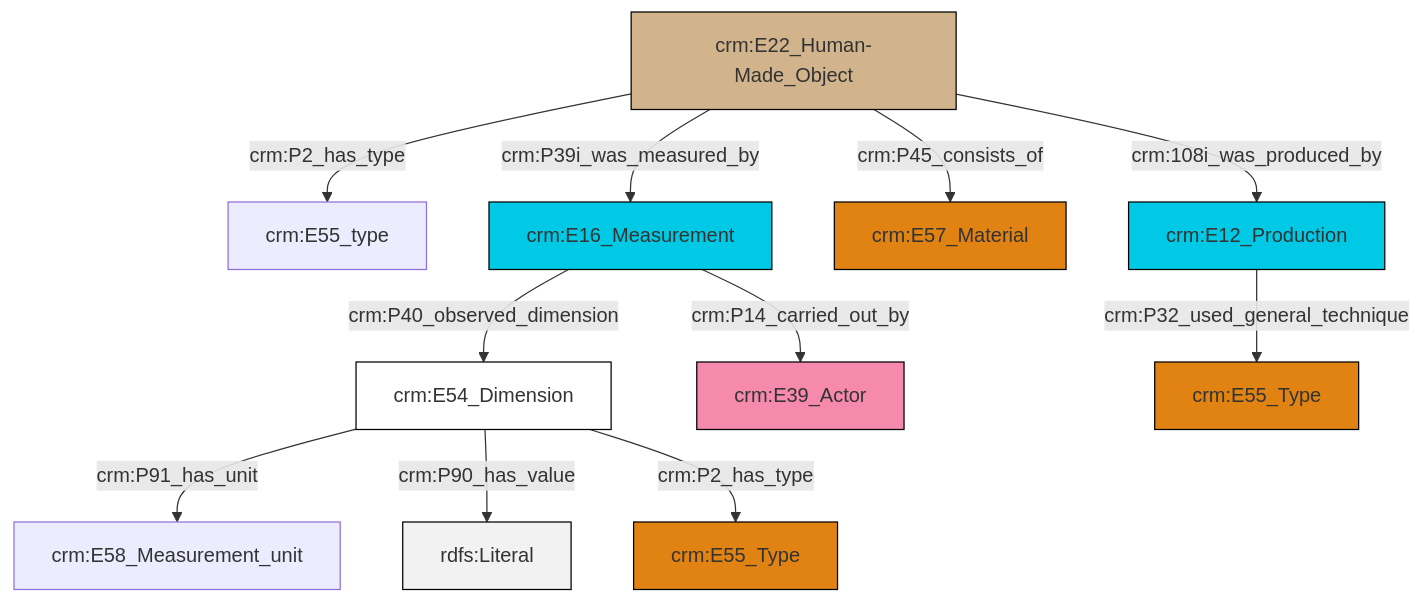
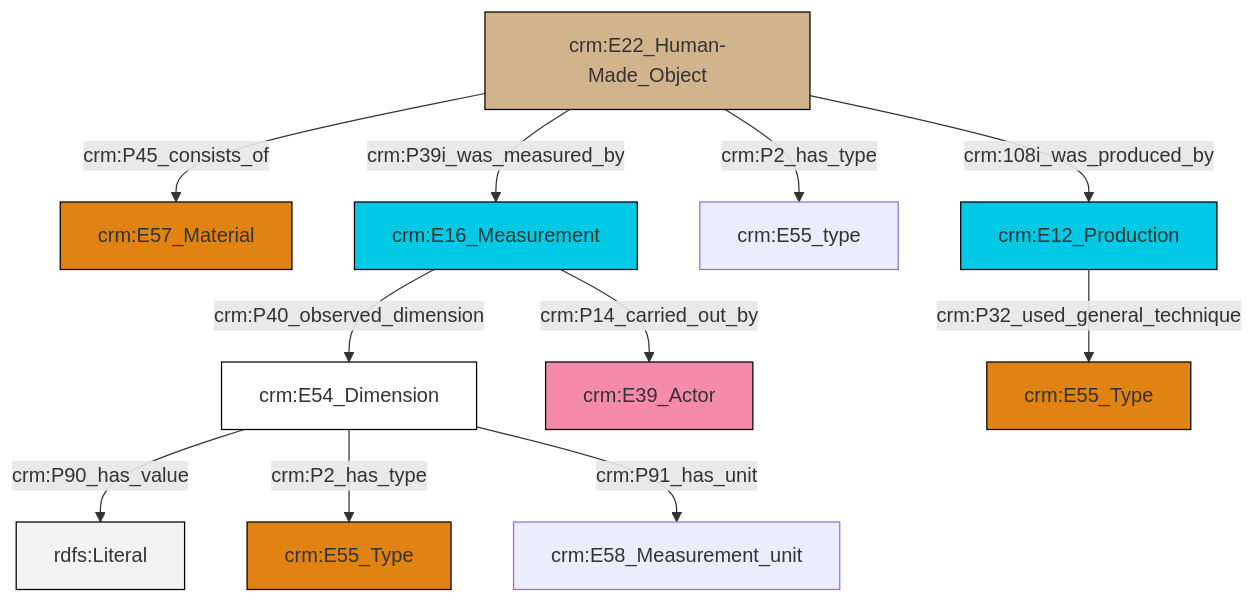
One commit to swiss-art-research-net/reference-data-models changed the diagram in et/builtWorkCSV/ttl/mmd/Built_Work_substance.ttl.mmd. Above: the diagram before and after it, drawn with Mermaid. The commit also changed 150 other files, not shown here.

```diff
--- a/et/builtWorkCSV/ttl/mmd/Built_Work_substance.ttl.mmd
+++ b/et/builtWorkCSV/ttl/mmd/Built_Work_substance.ttl.mmd
@@ -1,25 +1,25 @@
 graph TD
 classDef Literal fill:#f2f2f2,stroke:#000000;
 classDef CRM_Entity fill:#FFFFFF,stroke:#000000;
 classDef Temporal_Entity fill:#00C9E6, stroke:#000000;
 classDef Type fill:#E18312, stroke:#000000;
 classDef Time-Span fill:#2C9C91, stroke:#000000;
 classDef Appellation fill:#FFEB7F, stroke:#000000;
 classDef Place fill:#008836, stroke:#000000;
 classDef Persistent_Item fill:#B266B2, stroke:#000000;
 classDef Conceptual_Object fill:#FFD700, stroke:#000000;
 classDef Physical_Thing fill:#D2B48C, stroke:#000000;
 classDef Actor fill:#f58aad, stroke:#000000;
 classDef PC_Classes fill:#4ce600, stroke:#000000;
 classDef Multi fill:#cccccc,stroke:#000000;
 
 2["crm:E16_Measurement"]:::Temporal_Entity -->|crm:P40_observed_dimension| 0["crm:E54_Dimension"]:::CRM_Entity
-3["crm:E22_Human-Made_Object"]:::Physical_Thing -->|crm:P2_has_type| 4["crm:E55_type"]:::Default
-3["crm:E22_Human-Made_Object"]:::Physical_Thing -->|crm:P39i_was_measured_by| 2["crm:E16_Measurement"]:::Temporal_Entity
-0["crm:E54_Dimension"]:::CRM_Entity -->|crm:P91_has_unit| 6["crm:E58_Measurement_unit"]:::Default
-3["crm:E22_Human-Made_Object"]:::Physical_Thing -->|crm:P45_consists_of| 7["crm:E57_Material"]:::Type
-11["crm:E12_Production"]:::Temporal_Entity -->|crm:P32_used_general_technique| 12["crm:E55_Type"]:::Type
-2["crm:E16_Measurement"]:::Temporal_Entity -->|crm:P14_carried_out_by| 15["crm:E39_Actor"]:::Actor
-3["crm:E22_Human-Made_Object"]:::Physical_Thing -->|crm:108i_was_produced_by| 11["crm:E12_Production"]:::Temporal_Entity
-0["crm:E54_Dimension"]:::CRM_Entity -->|crm:P90_has_value| 17[rdfs:Literal]:::Literal
-0["crm:E54_Dimension"]:::CRM_Entity -->|crm:P2_has_type| 13["crm:E55_Type"]:::Type
+3["crm:E12_Production"]:::Temporal_Entity -->|crm:P32_used_general_technique| 5["crm:E55_Type"]:::Type
+2["crm:E16_Measurement"]:::Temporal_Entity -->|crm:P14_carried_out_by| 6["crm:E39_Actor"]:::Actor
+7["crm:E22_Human-Made_Object"]:::Physical_Thing -->|crm:P45_consists_of| 8["crm:E57_Material"]:::Type
+0["crm:E54_Dimension"]:::CRM_Entity -->|crm:P90_has_value| 10[rdfs:Literal]:::Literal
+0["crm:E54_Dimension"]:::CRM_Entity -->|crm:P2_has_type| 12["crm:E55_Type"]:::Type
+7["crm:E22_Human-Made_Object"]:::Physical_Thing -->|crm:P39i_was_measured_by| 2["crm:E16_Measurement"]:::Temporal_Entity
+0["crm:E54_Dimension"]:::CRM_Entity -->|crm:P91_has_unit| 14["crm:E58_Measurement_unit"]:::Default
+7["crm:E22_Human-Made_Object"]:::Physical_Thing -->|crm:P2_has_type| 15["crm:E55_type"]:::Default
+7["crm:E22_Human-Made_Object"]:::Physical_Thing -->|crm:108i_was_produced_by| 3["crm:E12_Production"]:::Temporal_Entity
```
